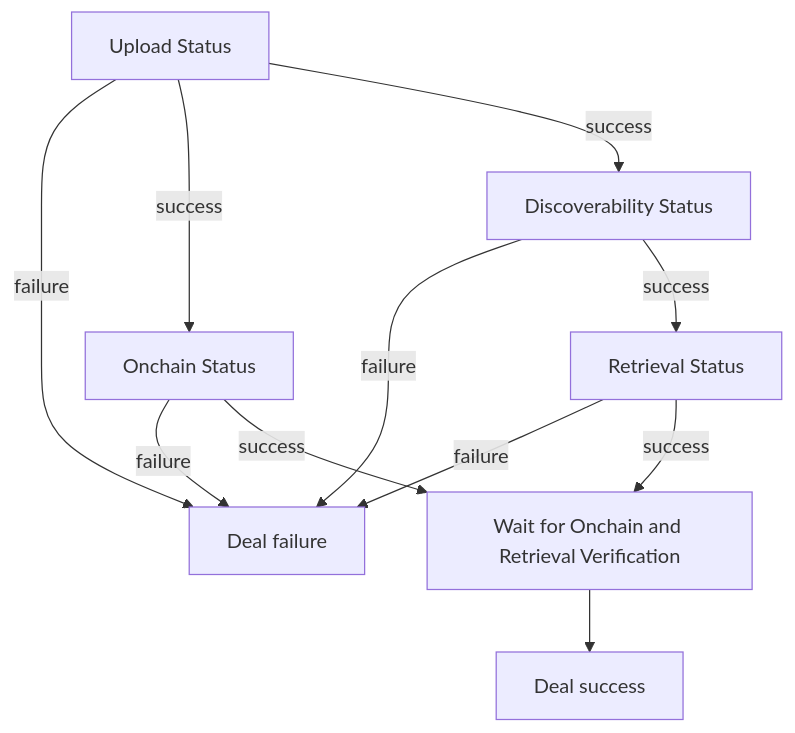
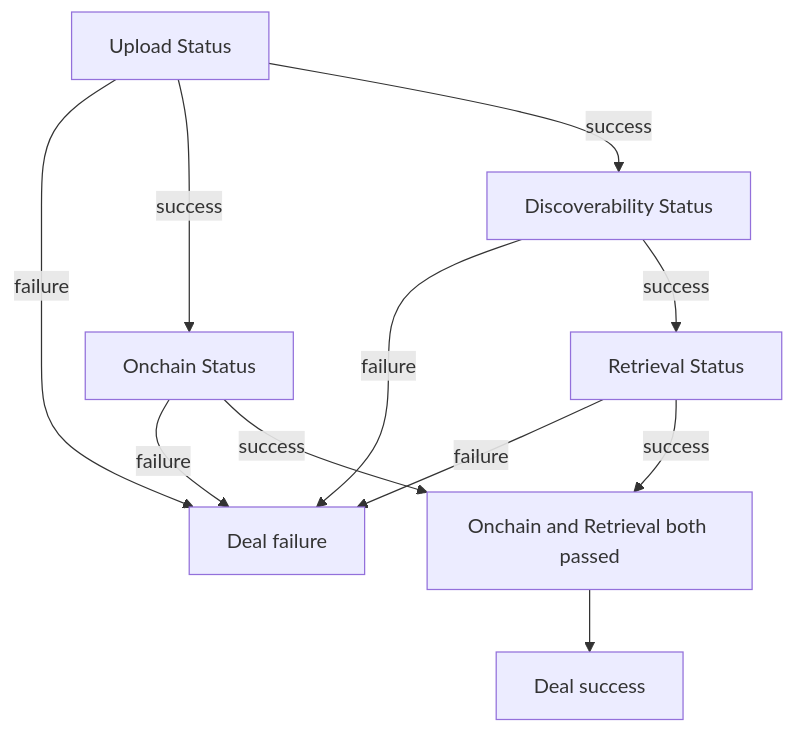
One commit to FilOzone/dealbot changed the second of 2 diagrams in docs/checks/data-storage.md. Above: the diagram before and after it, drawn with Mermaid.

Commit message:
docs: redraw deal status diagram so Retrieval clearly follows Discoverability
Show Upload → Onchain and Discoverability in parallel, then Retrieval only after Discoverability succeeds; deal success requires both Onchain and Retrieval.

````diff
--- a/docs/checks/data-storage.md
+++ b/docs/checks/data-storage.md
@@ -144,21 +144,24 @@
 ```mermaid
 flowchart TD
   U["Upload Status"]
   O["Onchain Status"]
   D["Discoverability Status"]
   R["Retrieval Status"]
-  JOIN["Wait for Onchain and Retrieval Verification"]
+  JOIN["Onchain and Retrieval both passed"]
   OK["Deal success"]
   FAIL["Deal failure"]
 
   U -->|failure| FAIL
   U -->|success| O
   U -->|success| D
+
   O -->|failure| FAIL
-  O -->|success| JOIN
   D -->|failure| FAIL
+
   D -->|success| R
   R -->|failure| FAIL
+
+  O -->|success| JOIN
   R -->|success| JOIN
   JOIN --> OK
 ```
````
